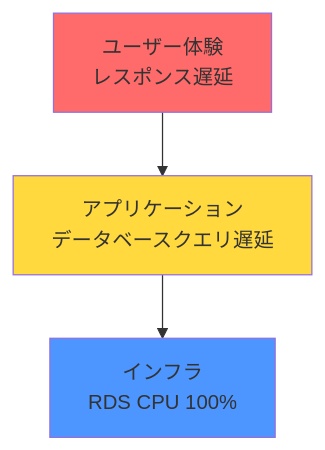
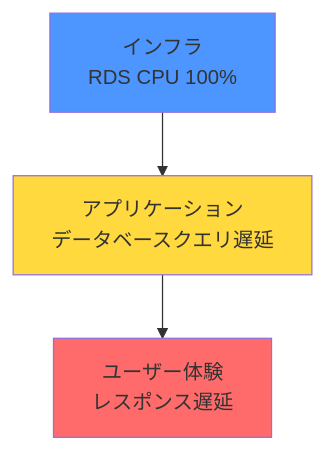
The diagram in docs/monitoring/multi-layer-monitoring.md (yuki-m1216/tech-notes), drawn with Mermaid before and after one commit. The commit also changed other lines of this file and 1 other file, not shown here.

````diff
--- a/docs/monitoring/multi-layer-monitoring.md
+++ b/docs/monitoring/multi-layer-monitoring.md
@@ -101,9 +101,9 @@
 ```mermaid
 graph TD
-    A[ユーザー体験<br/>レスポンス遅延] --> B[アプリケーション<br/>データベースクエリ遅延]
-    B --> C[インフラ<br/>RDS CPU 100%]
+    C[インフラ<br/>RDS CPU 100%] --> B[アプリケーション<br/>データベースクエリ遅延]
+    B --> A[ユーザー体験<br/>レスポンス遅延]
 
+    style C fill:#4d96ff
+    style B fill:#ffd93d
     style A fill:#ff6b6b
-    style B fill:#ffd93d
-    style C fill:#4d96ff
 ```
````
